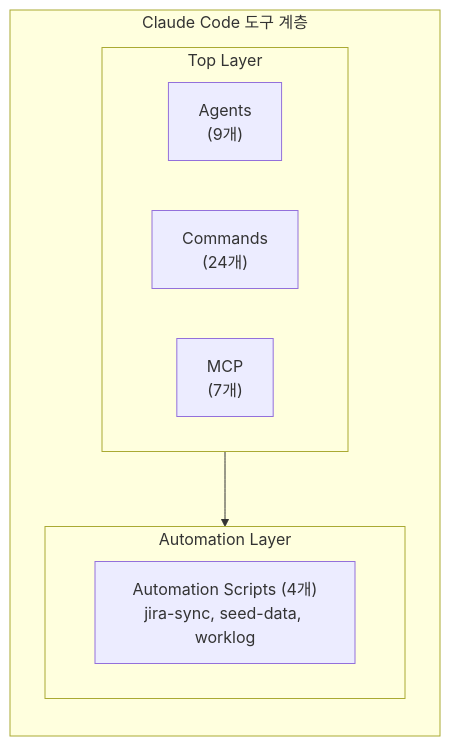
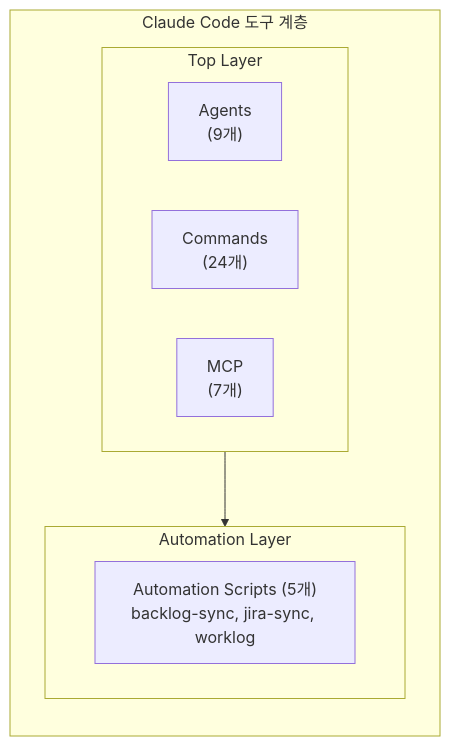
One commit to k82022603/hybrid-rag-knowledge-ops changed the diagram in docs/03_도구_가이드.md. Above: the diagram before and after it, drawn with Mermaid. The commit also changed other lines of this file and 2 other files, not shown here.

````diff
--- a/docs/03_도구_가이드.md
+++ b/docs/03_도구_가이드.md
@@ -30,19 +30,19 @@
 ```mermaid
 flowchart TB
     subgraph Tools["Claude Code 도구 계층"]
         direction TB
 
         subgraph TopLayer["Top Layer"]
             direction LR
             Agents["Agents<br/>(9개)"]
             Commands["Commands<br/>(24개)"]
             MCP["MCP<br/>(7개)"]
         end
 
         subgraph AutoLayer["Automation Layer"]
-            Scripts["Automation Scripts (4개)<br/>jira-sync, seed-data, worklog"]
+            Scripts["Automation Scripts (5개)<br/>backlog-sync, jira-sync, worklog"]
         end
 
         TopLayer --> AutoLayer
     end
 ```
````
